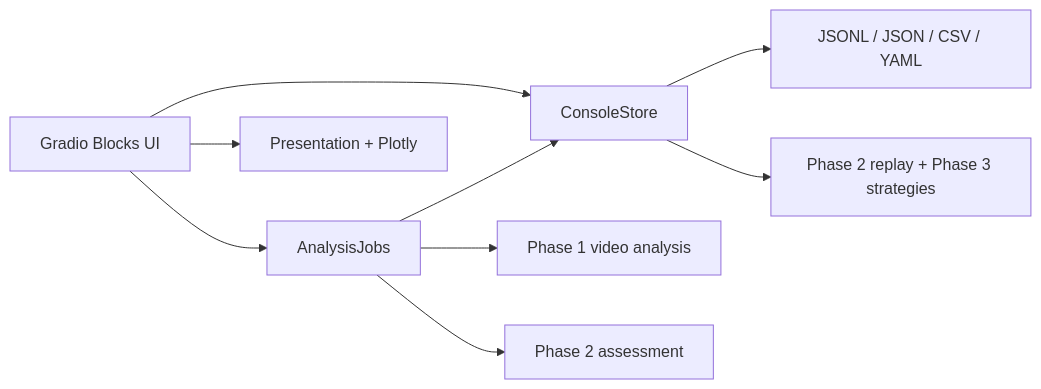
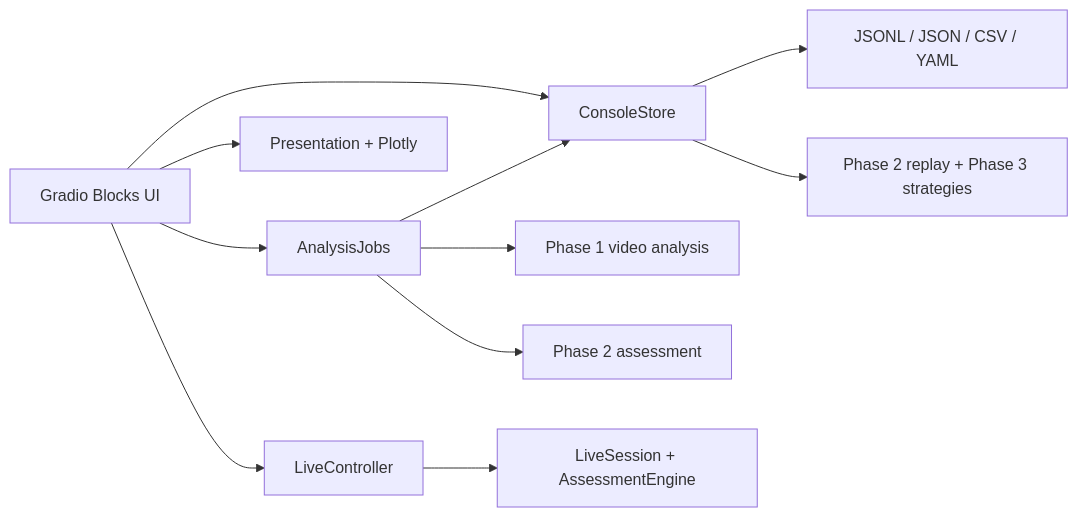
Before and after one commit to miociallo0721/SightGuard: the diagram in docs/ui_architecture.md, drawn with Mermaid. The commit also changed other lines of this file and 9 other files, not shown here.

````diff
--- a/docs/ui_architecture.md
+++ b/docs/ui_architecture.md
@@ -9,11 +10,13 @@
 ```mermaid
 flowchart LR
     Browser[Gradio Blocks UI] --> Services[ConsoleStore]
     Browser --> Jobs[AnalysisJobs]
     Services --> Data[JSONL / JSON / CSV / YAML]
     Services --> Core[Phase 2 replay + Phase 3 strategies]
     Jobs --> Pipeline[Phase 1 video analysis]
     Jobs --> Assess[Phase 2 assessment]
     Jobs --> Services
     Browser --> Presentation[Presentation + Plotly]
+    Browser --> Live[LiveController]
+    Live --> Session[LiveSession + AssessmentEngine]
 ```
````
